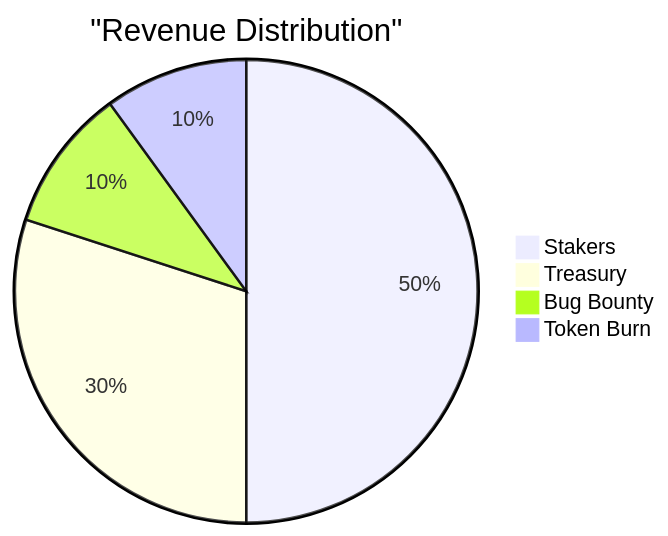
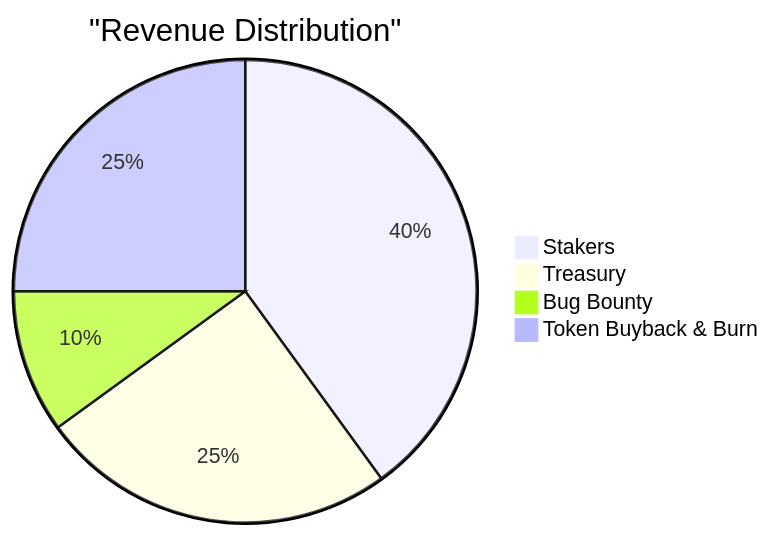
The fourth of 4 diagrams in Tokenomics.md (JermWang/QUANTANIUM), drawn with Mermaid before and after one commit. The commit also changed other lines of this file, not shown here.

````diff
--- a/Tokenomics.md
+++ b/Tokenomics.md
@@ -146,8 +145,8 @@
 ```mermaid
 pie
     title "Revenue Distribution"
-    "Stakers" : 50
-    "Treasury" : 30
+    "Stakers" : 40
+    "Treasury" : 25
     "Bug Bounty" : 10
-    "Token Burn" : 10
+    "Token Buyback & Burn" : 25
 ```
````
